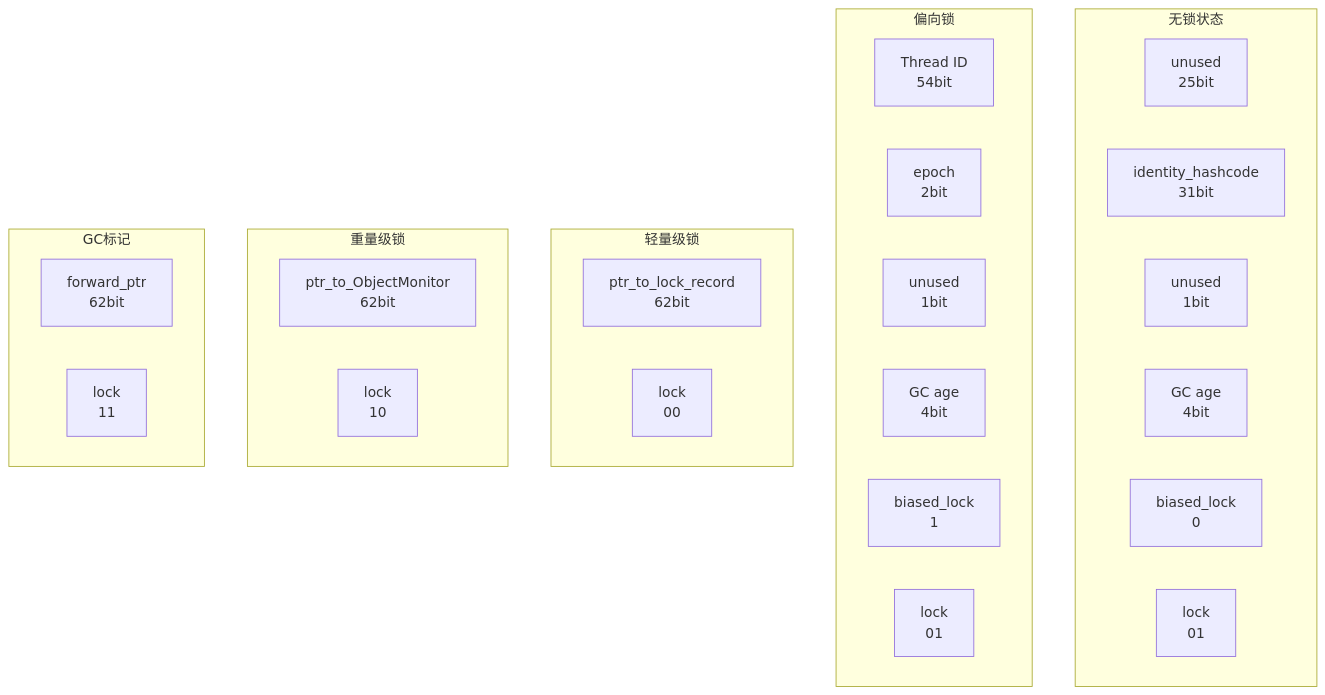
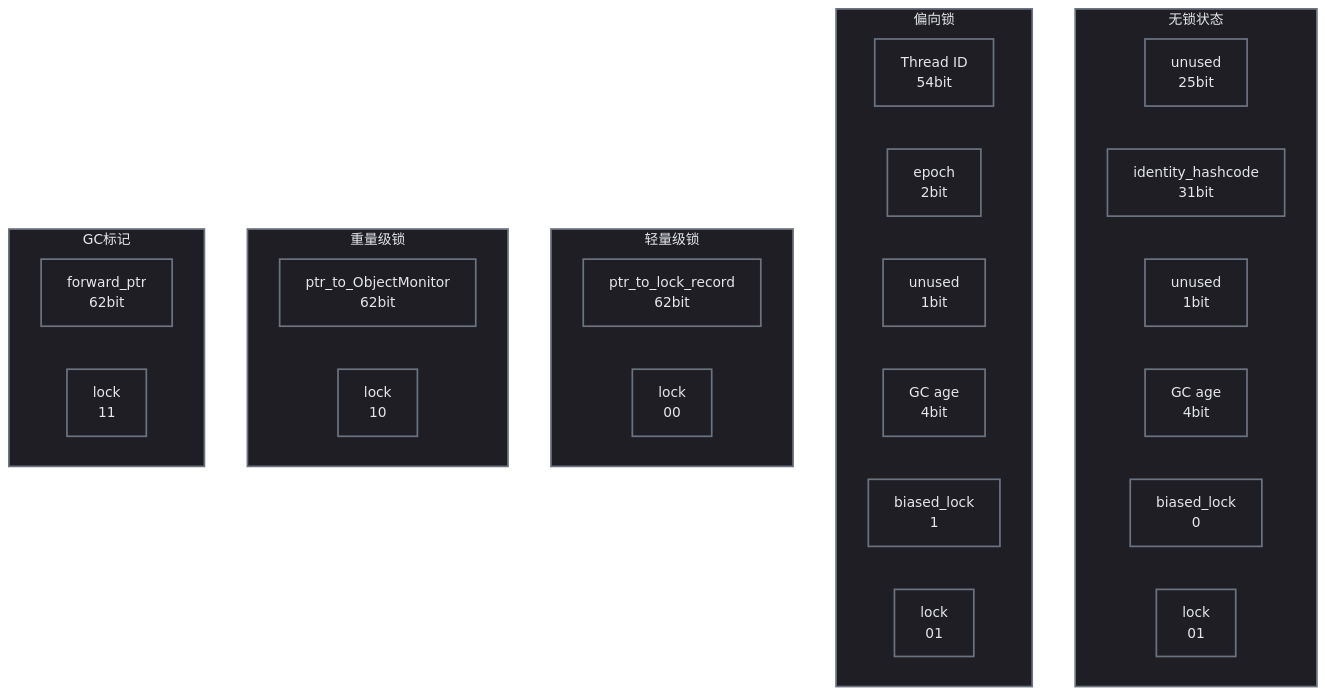
Before and after one commit to yaocat55/yaocat55.github.io: the second of 12 diagrams in content/posts/concurrency/SynchronizedLockUpgrade.md, drawn with Mermaid. The commit also changed other lines of this file and 155 other files, not shown here.

````diff
--- a/content/posts/concurrency/SynchronizedLockUpgrade.md
+++ b/content/posts/concurrency/SynchronizedLockUpgrade.md
@@ -74,36 +80,40 @@
 ```mermaid
 flowchart TD
+%% 半暗底色 + 高亮描边：完美适配博客深色/浅色双主题 %%
+classDef process fill:#1e1e24,stroke:#6b7280,stroke-width:2px,color:#e5e7eb;
     subgraph NOLOCK[无锁状态]
         direction LR
-        A1["unused<br/>25bit"]
-        A2["identity_hashcode<br/>31bit"]
-        A3["unused<br/>1bit"]
-        A4["GC age<br/>4bit"]
-        A5["biased_lock<br/>0"]
-        A6["lock<br/>01"]
+        A1["unused\n25bit"]
+        A2["identity_hashcode\n31bit"]
+        A3["unused\n1bit"]
+        A4["GC age\n4bit"]
+        A5["biased_lock\n0"]
+        A6["lock\n01"]
     end
     subgraph BIASED[偏向锁]
         direction LR
-        B1["Thread ID<br/>54bit"]
-        B2["epoch<br/>2bit"]
-        B3["unused<br/>1bit"]
-        B4["GC age<br/>4bit"]
-        B5["biased_lock<br/>1"]
-        B6["lock<br/>01"]
+        B1["Thread ID\n54bit"]
+        B2["epoch\n2bit"]
+        B3["unused\n1bit"]
+        B4["GC age\n4bit"]
+        B5["biased_lock\n1"]
+        B6["lock\n01"]
     end
     subgraph LIGHT[轻量级锁]
         direction LR
-        C1["ptr_to_lock_record<br/>62bit"]
-        C2["lock<br/>00"]
+        C1["ptr_to_lock_record\n62bit"]
+        C2["lock\n00"]
     end
     subgraph HEAVY[重量级锁]
         direction LR
-        D1["ptr_to_ObjectMonitor<br/>62bit"]
-        D2["lock<br/>10"]
+        D1["ptr_to_ObjectMonitor\n62bit"]
+        D2["lock\n10"]
     end
     subgraph GC[GC标记]
         direction LR
-        E1["forward_ptr<br/>62bit"]
-        E2["lock<br/>11"]
+        E1["forward_ptr\n62bit"]
+        E2["lock\n11"]
     end
+
+class A1,A2,A3,A4,A5,A6,B1,B2,B3,B4,B5,B6,BIASED,C1,C2,D1,D2,E1,E2,GC,HEAVY,LIGHT,NOLOCK process;
 ```
````
